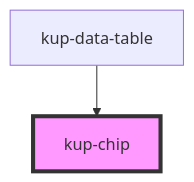
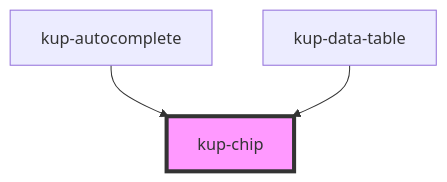
The diagram in packages/ketchup/src/components/kup-chip/readme.md (smeup/ketchup), drawn with Mermaid before and after one commit. The commit also changed other lines of this file and 166 other files, not shown here.

````diff
--- a/packages/ketchup/src/components/kup-chip/readme.md
+++ b/packages/ketchup/src/components/kup-chip/readme.md
@@ -43,5 +44,6 @@
 ```mermaid
 graph TD;
+  kup-autocomplete --> kup-chip
   kup-data-table --> kup-chip
   style kup-chip fill:#f9f,stroke:#333,stroke-width:4px
 ```
````
